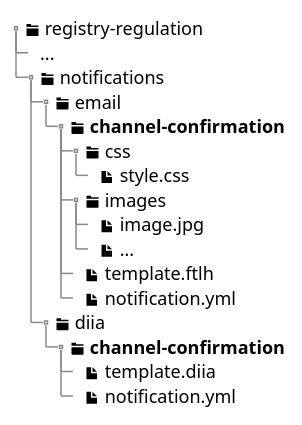
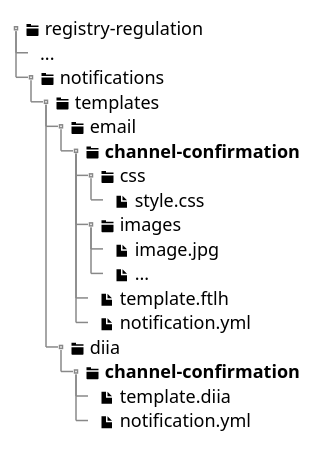
The diagram in modules/tech/partials/lowcode/channel-confirmation-template-structure.puml (epam/edp-ddm-architecture), drawn with PlantUML before and after one commit.

Commit message:
[EDP-DDM-4726] BP history configuration recommendation

```diff
--- a/modules/tech/partials/lowcode/channel-confirmation-template-structure.puml
+++ b/modules/tech/partials/lowcode/channel-confirmation-template-structure.puml
@@ -1,22 +1,23 @@
 @startsalt
 {
 {T
 + <&folder> registry-regulation
 ++ ...
 ++ <&folder> notifications
-+++ <&folder> email
-++++ <&folder> <b>channel-confirmation</b>
-+++++ <&folder> css
-++++++ <&file> style.css
-+++++ <&folder> images
-++++++ <&file> image.jpg
-++++++ <&file> ...
-+++++ <&file> template.ftlh
-+++++ <&file> notification.yml
-+++ <&folder> diia
-++++ <&folder> <b>channel-confirmation</b>
-+++++ <&file> template.diia
-+++++ <&file> notification.yml
++++ <&folder> templates
+++++ <&folder> email
++++++ <&folder> <b>channel-confirmation</b>
+++++++ <&folder> css
++++++++ <&file> style.css
+++++++ <&folder> images
++++++++ <&file> image.jpg
++++++++ <&file> ...
+++++++ <&file> template.ftlh
+++++++ <&file> notification.yml
+++++ <&folder> diia
++++++ <&folder> <b>channel-confirmation</b>
+++++++ <&file> template.diia
+++++++ <&file> notification.yml
 }
 }
 @endsalt
```
